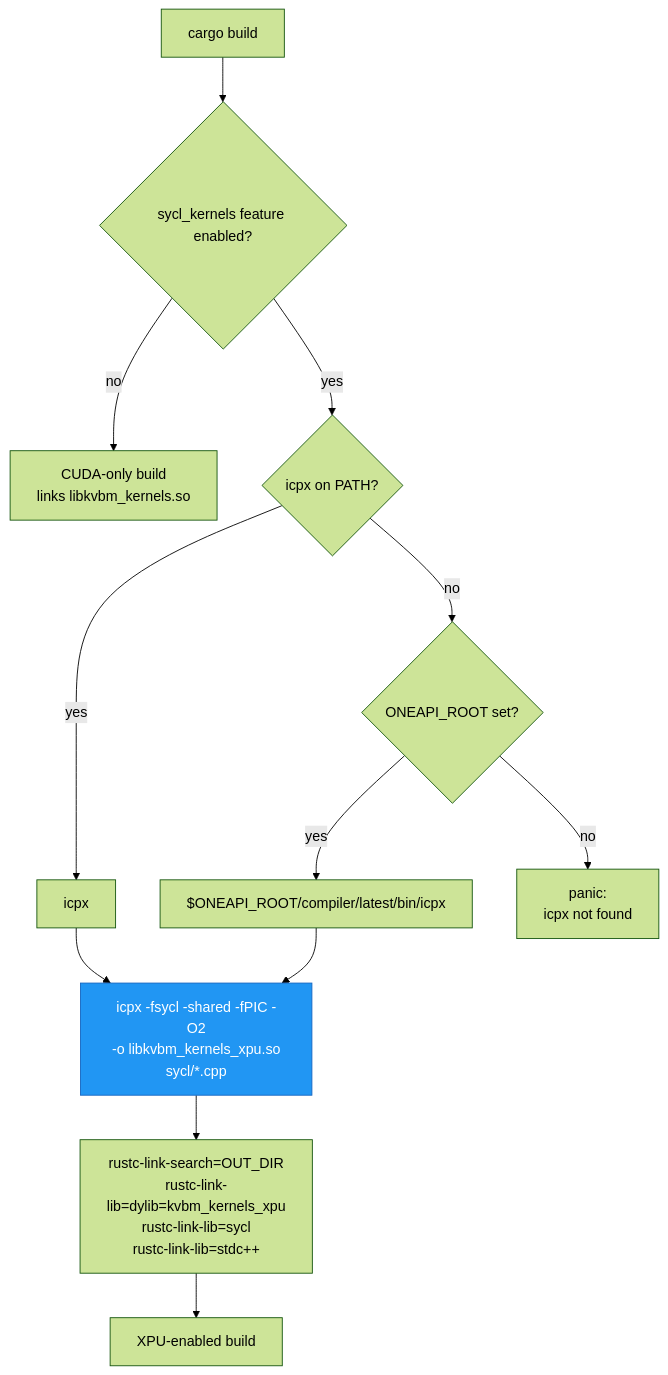
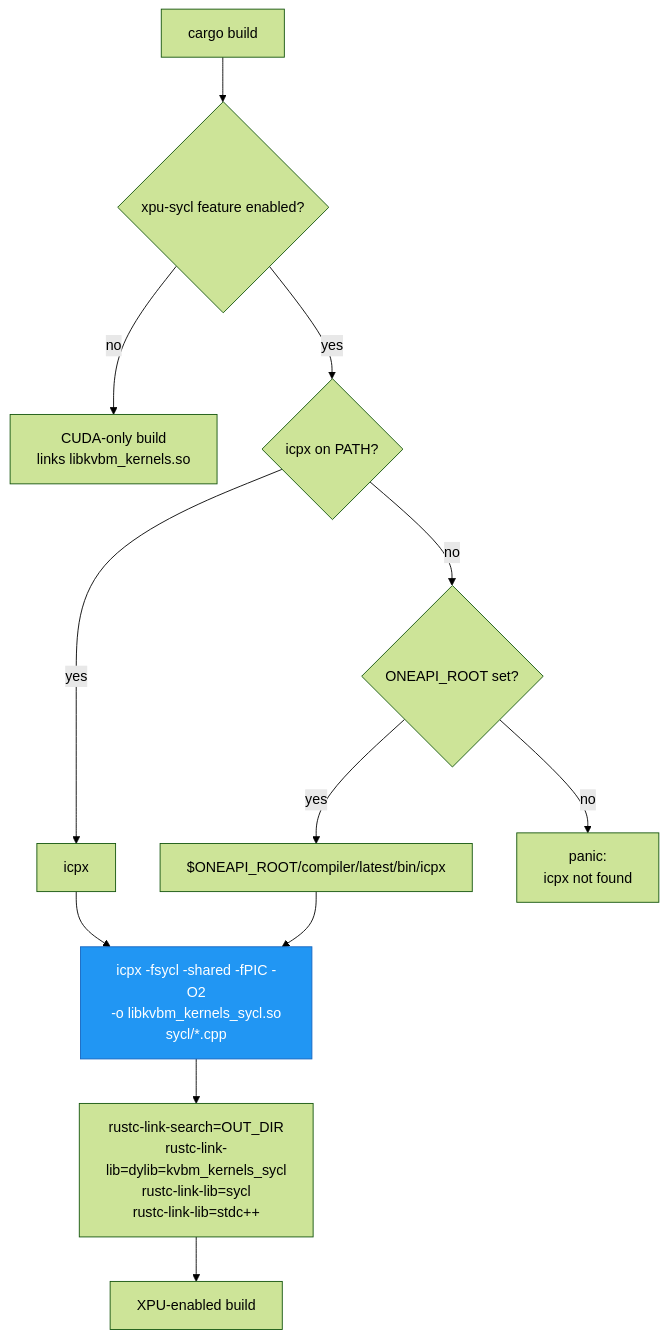
The first of 2 diagrams in lib/kvbm-kernels/docs/sycl_kernels.md (ai-dynamo/dynamo), drawn with Mermaid (forest theme) before and after one commit. The commit also changed other lines of this file and 20 other files, not shown here.

First line of the commit message:
refactor(kvbm-v2): unify SYCL naming under the xpu-sycl feature

````diff
--- a/lib/kvbm-kernels/docs/sycl_kernels.md
+++ b/lib/kvbm-kernels/docs/sycl_kernels.md
@@ -34,16 +34,16 @@
 ```mermaid
 flowchart TD
-    A[cargo build] --> B{sycl_kernels feature enabled?}
+    A[cargo build] --> B{xpu-sycl feature enabled?}
     B -- no --> DONE_CUDA[CUDA-only build<br/>links libkvbm_kernels.so]
     B -- yes --> C{icpx on PATH?}
     C -- yes --> D[icpx]
     C -- no --> E{ONEAPI_ROOT set?}
     E -- yes --> F["$ONEAPI_ROOT/compiler/latest/bin/icpx"]
     E -- no --> PANIC[panic:<br/>icpx not found]
-    D --> G[icpx -fsycl -shared -fPIC -O2<br/>-o libkvbm_kernels_xpu.so<br/>sycl/*.cpp]
+    D --> G[icpx -fsycl -shared -fPIC -O2<br/>-o libkvbm_kernels_sycl.so<br/>sycl/*.cpp]
     F --> G
-    G --> H[rustc-link-search=OUT_DIR<br/>rustc-link-lib=dylib=kvbm_kernels_xpu<br/>rustc-link-lib=sycl<br/>rustc-link-lib=stdc++]
+    G --> H[rustc-link-search=OUT_DIR<br/>rustc-link-lib=dylib=kvbm_kernels_sycl<br/>rustc-link-lib=sycl<br/>rustc-link-lib=stdc++]
     H --> DONE_XPU[XPU-enabled build]
 
     style G fill:#2196f3,stroke:#1565c0,color:#fff
 ```
````
